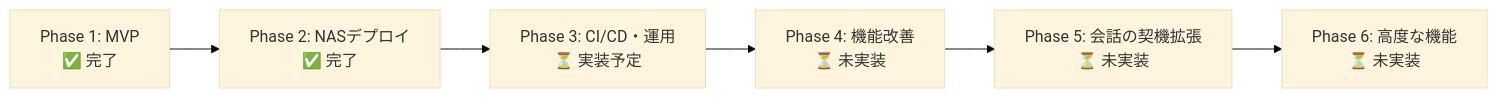
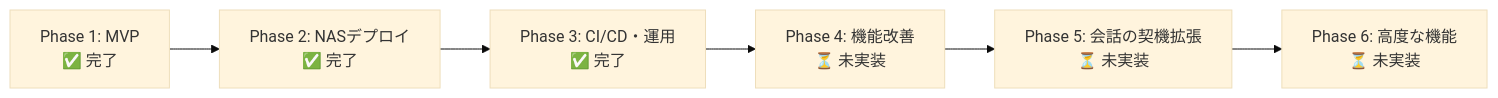
Before and after one commit to fluxrozin/kotonoha-bot: the diagram in docs/implementation/roadmap.md, drawn with Mermaid (base theme). The commit also changed other lines of this file, not shown here.

First line of the commit message:
Update roadmap.md to reflect completion of Phase 3: CI/CD and operational features

````diff
--- a/docs/implementation/roadmap.md
+++ b/docs/implementation/roadmap.md
@@ -26,8 +26,8 @@
 ```mermaid
 graph LR
     A[Phase 1: MVP<br/>✅ 完了] --> B[Phase 2: NASデプロイ<br/>✅ 完了]
-    B --> C[Phase 3: CI/CD・運用<br/>⏳ 実装予定]
+    B --> C[Phase 3: CI/CD・運用<br/>✅ 完了]
     C --> D[Phase 4: 機能改善<br/>⏳ 未実装]
     D --> E[Phase 5: 会話の契機拡張<br/>⏳ 未実装]
     E --> F[Phase 6: 高度な機能<br/>⏳ 未実装]
 ```
````
